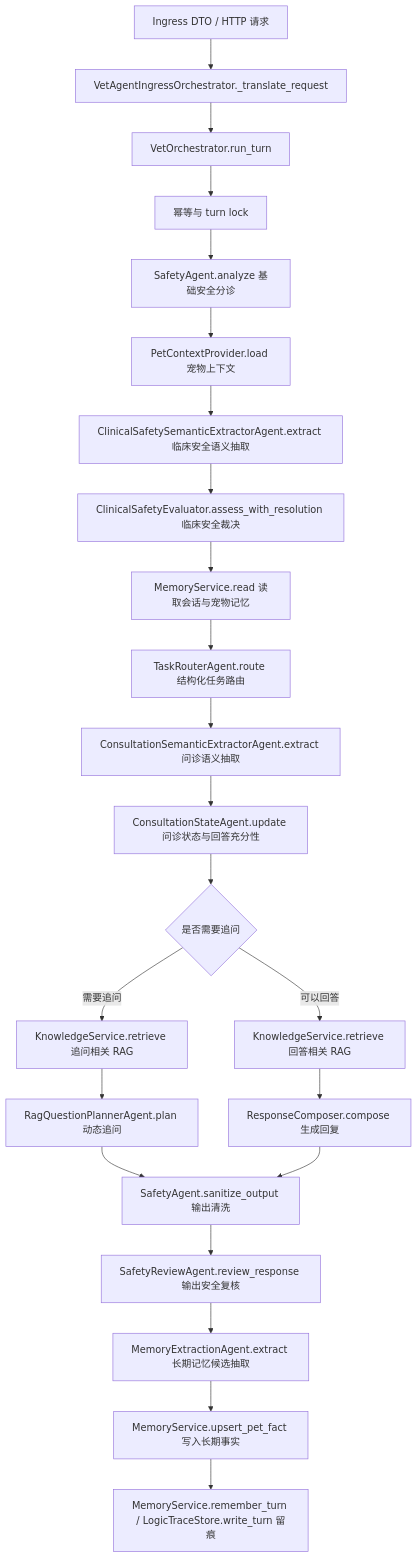
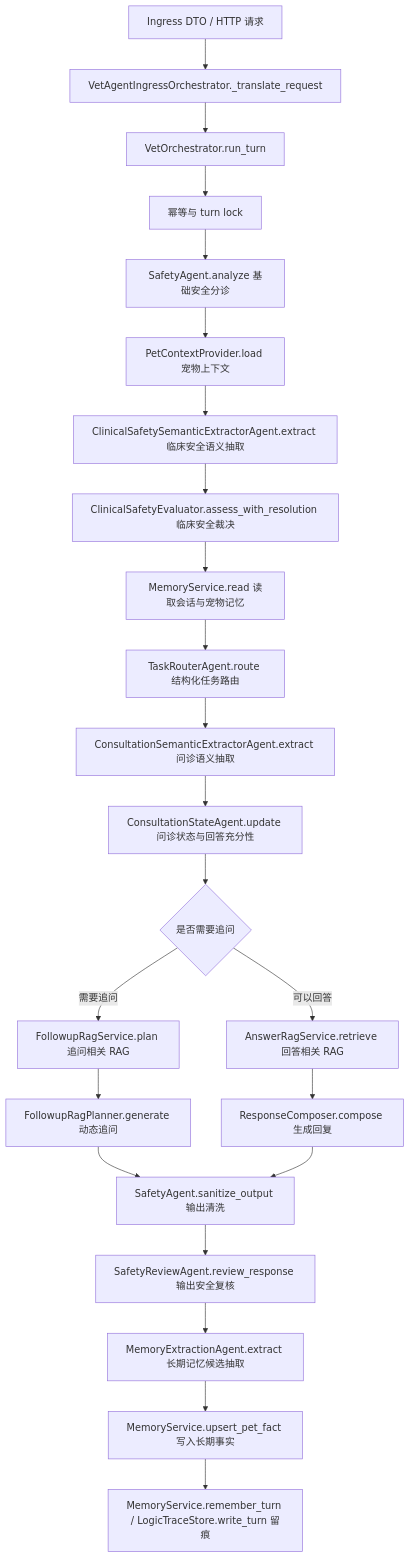
One commit to vancer17/veterinary_agent changed the diagram in docs/architecture/agent-middleware-migration-plan.md. Above: the diagram before and after it, drawn with Mermaid. The commit also changed other lines of this file and 26 other files, not shown here.

Commit message:
feat(consultation): migrate answer RAG boundary and smoke coverage

````diff
--- a/docs/architecture/agent-middleware-migration-plan.md
+++ b/docs/architecture/agent-middleware-migration-plan.md
@@ -41,25 +41,25 @@
 ```mermaid
 flowchart TD
   A[Ingress DTO / HTTP 请求] --> B[VetAgentIngressOrchestrator._translate_request]
   B --> C[VetOrchestrator.run_turn]
   C --> D[幂等与 turn lock]
   D --> E[SafetyAgent.analyze 基础安全分诊]
   E --> F[PetContextProvider.load 宠物上下文]
   F --> G[ClinicalSafetySemanticExtractorAgent.extract 临床安全语义抽取]
   G --> H[ClinicalSafetyEvaluator.assess_with_resolution 临床安全裁决]
   H --> I[MemoryService.read 读取会话与宠物记忆]
   I --> J[TaskRouterAgent.route 结构化任务路由]
   J --> K[ConsultationSemanticExtractorAgent.extract 问诊语义抽取]
   K --> L[ConsultationStateAgent.update 问诊状态与回答充分性]
   L --> M{是否需要追问}
-  M -->|需要追问| N[KnowledgeService.retrieve 追问相关 RAG]
-  N --> O[RagQuestionPlannerAgent.plan 动态追问]
-  M -->|可以回答| P[KnowledgeService.retrieve 回答相关 RAG]
+  M -->|需要追问| N[FollowupRagService.plan 追问相关 RAG]
+  N --> O[FollowupRagPlanner.generate 动态追问]
+  M -->|可以回答| P[AnswerRagService.retrieve 回答相关 RAG]
   P --> Q[ResponseComposer.compose 生成回复]
   O --> R[SafetyAgent.sanitize_output 输出清洗]
   Q --> R
   R --> S[SafetyReviewAgent.review_response 输出安全复核]
   S --> T[MemoryExtractionAgent.extract 长期记忆候选抽取]
   T --> U[MemoryService.upsert_pet_fact 写入长期事实]
   U --> V[MemoryService.remember_turn / LogicTraceStore.write_turn 留痕]
 ```
````
